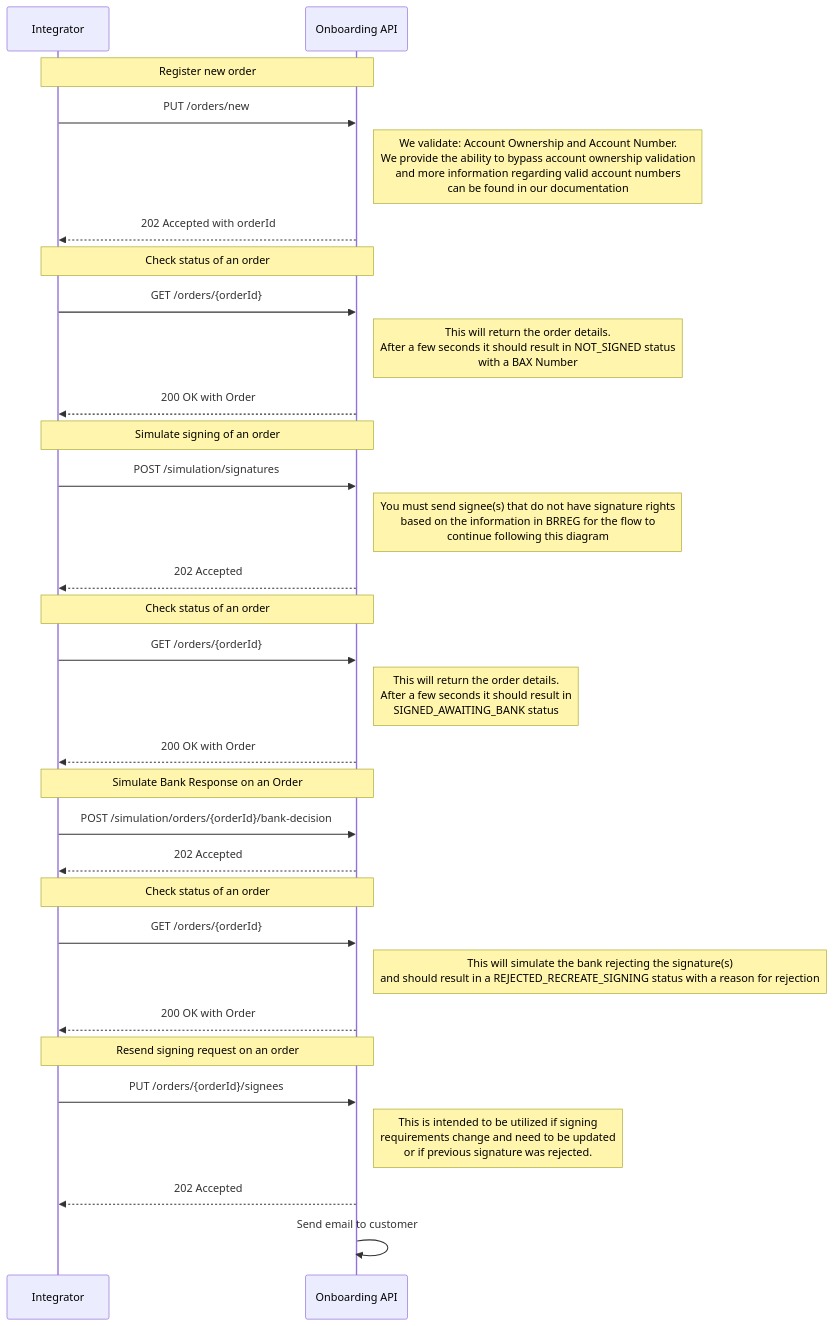
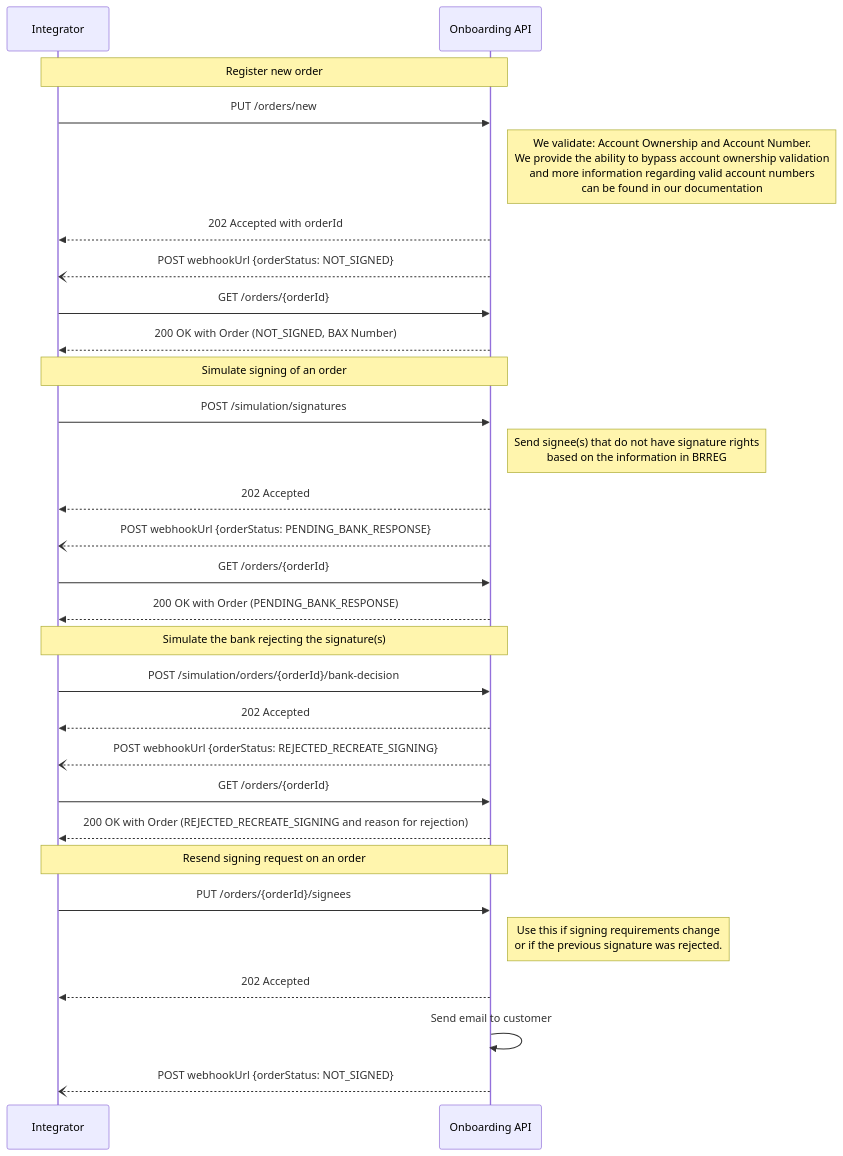
One commit to BankAxept/bankaxept-onboarding-external-documentation changed the third of 3 diagrams in docs/test_flows.md. Above: the diagram before and after it, drawn with Mermaid. The commit also changed other lines of this file and 6 other files, not shown here.

First line of the commit message:
Link from the introduction flowchart to the prod/test flows (#48)

````diff
--- a/docs/test_flows.md
+++ b/docs/test_flows.md
@@ -70,41 +72,38 @@
 ```mermaid
 sequenceDiagram
 participant I as Integrator
 participant O as Onboarding API
 
 note over I, O: Register new order
 I ->> O: PUT /orders/new
 note right of O: We validate: Account Ownership and Account Number. <br/> We provide the ability to bypass account ownership validation <br/> and more information regarding valid account numbers <br/> can be found in our documentation
 O -->> I: 202 Accepted with orderId
 
-note over I, O: Check status of an order
+O --) I: POST webhookUrl {orderStatus: NOT_SIGNED}
 I ->> O : GET /orders/{orderId}
-note right of O: This will return the order details. <br/> After a few seconds it should result in NOT_SIGNED status <br/> with a BAX Number
-O -->> I: 200 OK with Order
+O -->> I: 200 OK with Order (NOT_SIGNED, BAX Number)
 
 note over I, O: Simulate signing of an order
 I ->> O: POST /simulation/signatures
-note right of O: You must send signee(s) that do not have signature rights <br/> based on the information in BRREG for the flow to <br/> continue following this diagram
+note right of O: Send signee(s) that do not have signature rights <br/> based on the information in BRREG
 O -->> I: 202 Accepted
 
-note over I, O: Check status of an order
+O --) I: POST webhookUrl {orderStatus: PENDING_BANK_RESPONSE}
 I ->> O : GET /orders/{orderId}
-note right of O: This will return the order details. <br/> After a few seconds it should result in <br/> SIGNED_AWAITING_BANK status
-O -->> I: 200 OK with Order
+O -->> I: 200 OK with Order (PENDING_BANK_RESPONSE)
 
-note over I, O: Simulate Bank Response on an Order
+note over I, O: Simulate the bank rejecting the signature(s)
 I ->> O: POST /simulation/orders/{orderId}/bank-decision
 O -->> I: 202 Accepted
 
-note over I, O: Check status of an order
+O --) I: POST webhookUrl {orderStatus: REJECTED_RECREATE_SIGNING}
 I ->> O : GET /orders/{orderId}
-note right of O: This will simulate the bank rejecting the signature(s) <br/> and should result in a REJECTED_RECREATE_SIGNING status with a reason for rejection
-O -->> I: 200 OK with Order
+O -->> I: 200 OK with Order (REJECTED_RECREATE_SIGNING and reason for rejection)
 
 note over I, O: Resend signing request on an order
 I ->> O: PUT /orders/{orderId}/signees
-note right of O: This is intended to be utilized if signing <br/> requirements change and need to be updated <br/> or if previous signature was rejected.
-
+note right of O: Use this if signing requirements change <br/> or if the previous signature was rejected.
 O -->> I: 202 Accepted
 O ->> O: Send email to customer
+O --) I: POST webhookUrl {orderStatus: NOT_SIGNED}
 ```
````
